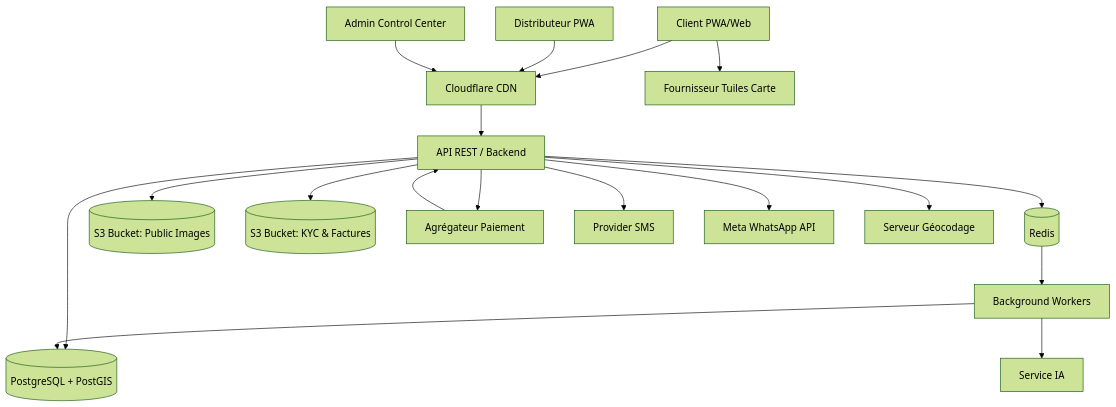
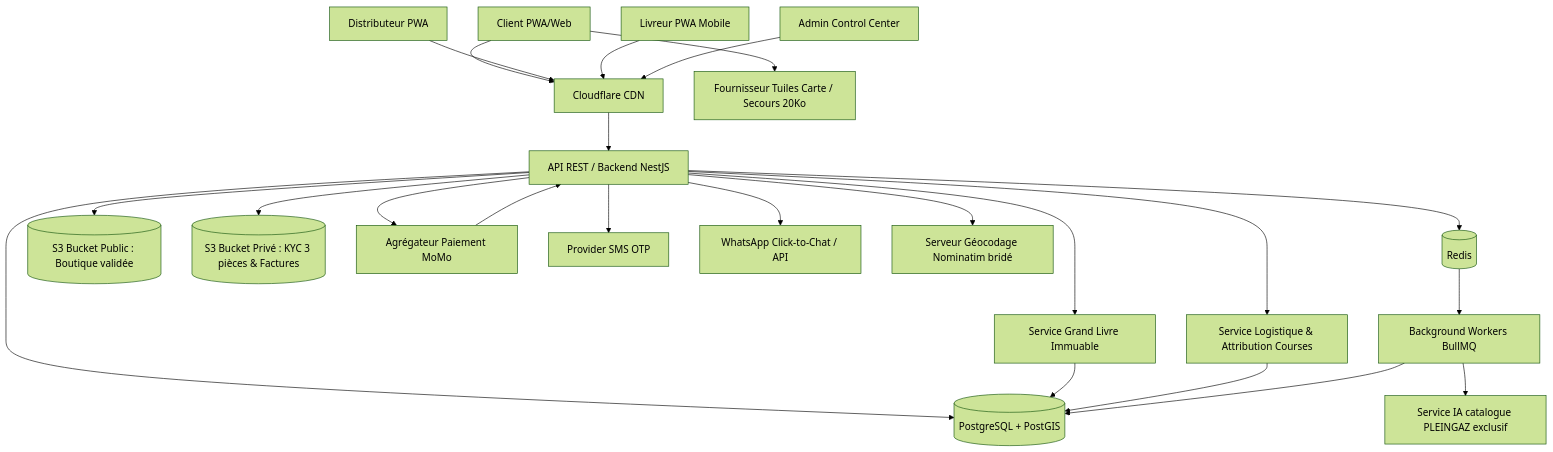
One commit to durelpro/pleingaz changed the first of 7 diagrams in docs/04-architecture-technique.md. Above: the diagram before and after it, drawn with Mermaid (forest theme). The commit also changed other lines of this file and 6 other files, not shown here.

Commit message:
feat(docs): CR-001 Lot 4 - architecture technique, API, notifications, IA, securite, tests et vie privee

````diff
--- a/docs/04-architecture-technique.md
+++ b/docs/04-architecture-technique.md
@@ -4,31 +4,38 @@
 ```mermaid
 graph TD
     %% Clients
     ClientApp[Client PWA/Web] --> CDN[Cloudflare CDN]
     DistApp[Distributeur PWA] --> CDN
+    CourierApp[Livreur PWA Mobile] --> CDN
     AdminApp[Admin Control Center] --> CDN
 
     %% Façade
-    CDN --> API[API REST / Backend]
+    CDN --> API[API REST / Backend NestJS]
     
     %% Base et Caches
     API --> PG[(PostgreSQL + PostGIS)]
     API --> Redis[(Redis)]
     
     %% Stockage Fichiers
-    API --> S3_Public[(S3 Bucket: Public Images)]
-    API --> S3_Private[(S3 Bucket: KYC & Factures)]
+    API --> S3_Public[(S3 Bucket Public : Boutique validée)]
+    API --> S3_Private[(S3 Bucket Privé : KYC 3 pièces & Factures)]
+    
+    %% Services Métier Internes
+    API --> LedgerSvc[Service Grand Livre Immuable]
+    API --> DispatchSvc[Service Logistique & Attribution Courses]
+    LedgerSvc --> PG
+    DispatchSvc --> PG
     
     %% Workers & Files d'attente
-    Redis --> Worker[Background Workers]
+    Redis --> Worker[Background Workers BullMQ]
     Worker --> PG
     
     %% Services Tiers
-    API --> PayGateway[Agrégateur Paiement]
+    API --> PayGateway[Agrégateur Paiement MoMo]
     PayGateway --> API
-    API --> SMS[Provider SMS]
-    API --> WhatsApp[Meta WhatsApp API]
-    API --> Nominatim[Serveur Géocodage]
-    ClientApp --> Tiles[Fournisseur Tuiles Carte]
-    Worker --> LLM[Service IA]
+    API --> SMS[Provider SMS OTP]
+    API --> WhatsApp[WhatsApp Click-to-Chat / API]
+    API --> Nominatim[Serveur Géocodage Nominatim bridé]
+    ClientApp --> Tiles[Fournisseur Tuiles Carte / Secours 20Ko]
+    Worker --> LLM[Service IA catalogue PLEINGAZ exclusif]
 ```
````
